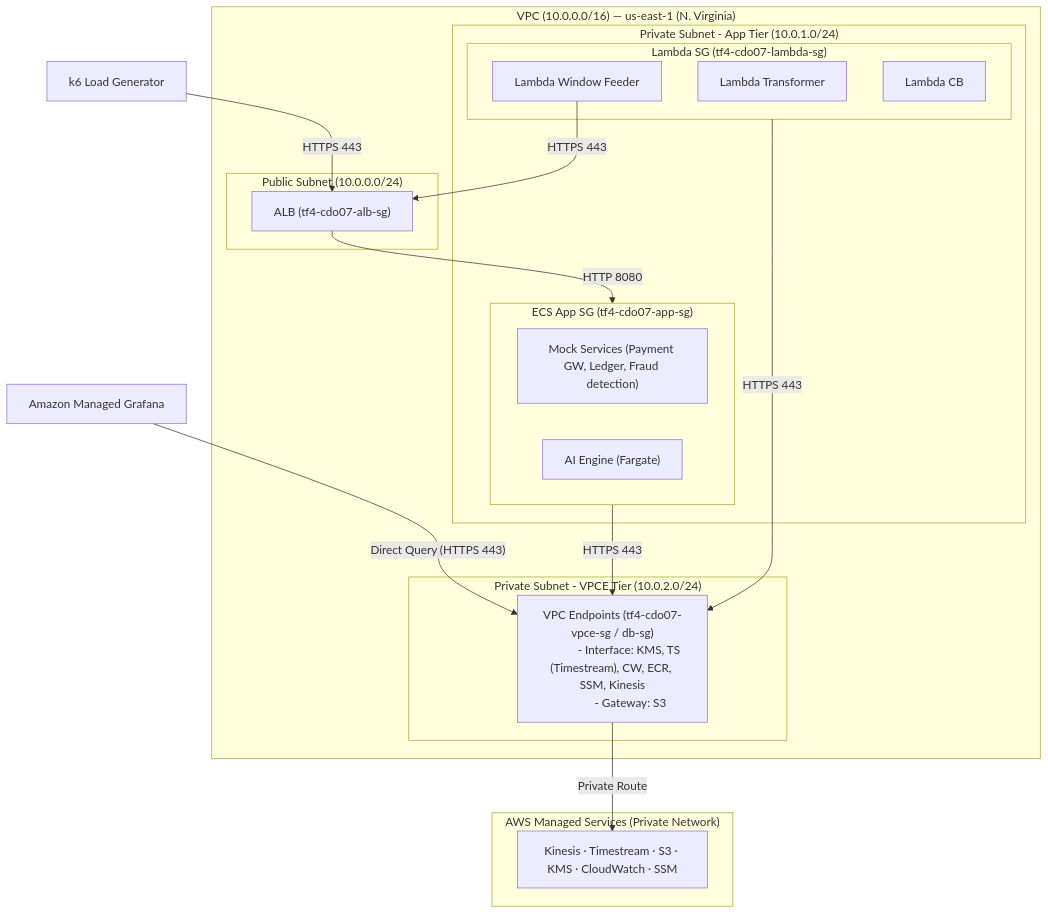
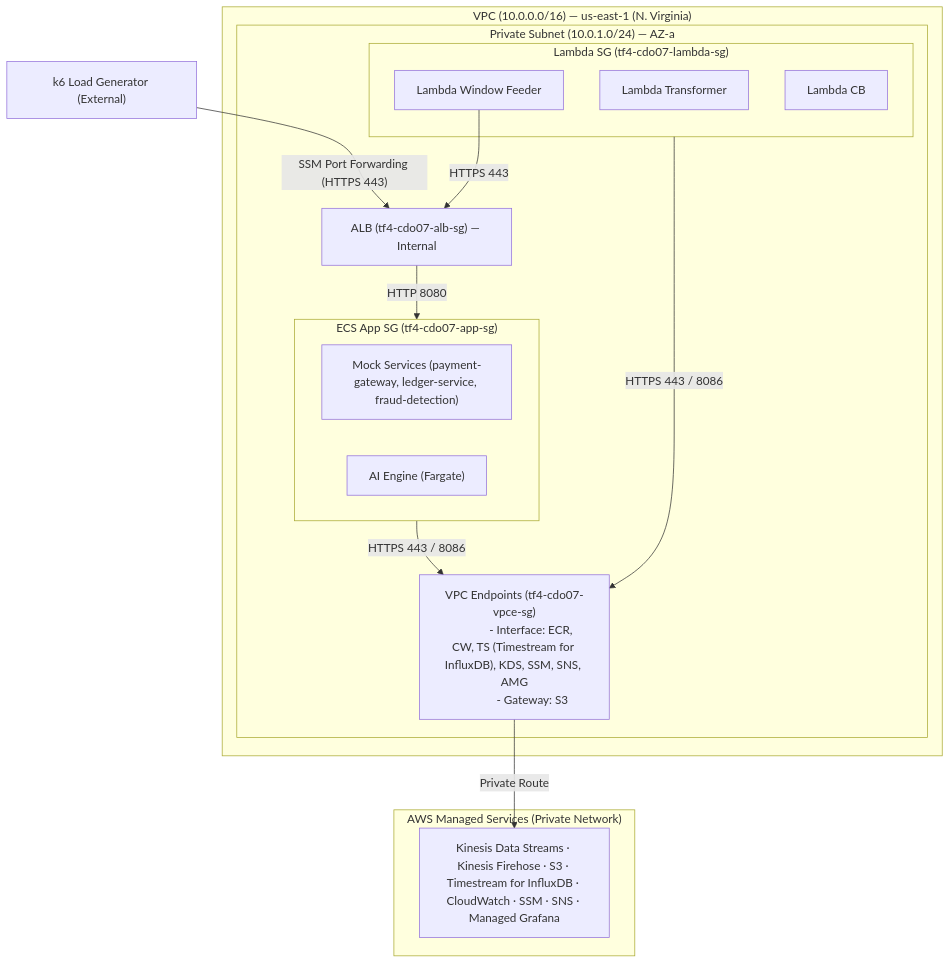
One commit to CDO-07-New/CDO07-Capstone changed the first of 2 diagrams in xbrain-learners/capstone/tf-4/cdo-07/docs/03_security_design.md. Above: the diagram before and after it, drawn with Mermaid. The commit also changed other lines of this file, not shown here.

````diff
--- a/xbrain-learners/capstone/tf-4/cdo-07/docs/03_security_design.md
+++ b/xbrain-learners/capstone/tf-4/cdo-07/docs/03_security_design.md
@@ -20,44 +20,37 @@
 ```mermaid
 graph TD
     %% Internet Client
-    CLIENT["k6 Load Generator"] -->|"HTTPS 443"| ALB
+    CLIENT["k6 Load Generator (External)"] -->|"SSM Port Forwarding (HTTPS 443)"| ALB
     
     subgraph VPC["VPC (10.0.0.0/16) — us-east-1 (N. Virginia)"]
-        subgraph PUB_SUB["Public Subnet (10.0.0.0/24)"]
-            ALB["ALB (tf4-cdo07-alb-sg)"]
-        end
-
-        subgraph APP_SUB["Private Subnet - App Tier (10.0.1.0/24)"]
+        subgraph PRIV_SUB["Private Subnet (10.0.1.0/24) — AZ-a"]
+            ALB["ALB (tf4-cdo07-alb-sg) — Internal"]
+            
             subgraph APP_SG["ECS App SG (tf4-cdo07-app-sg)"]
-                MOCK["Mock Services (Payment GW, Ledger, Fraud detection)"]
+                MOCK["Mock Services (payment-gateway, ledger-service, fraud-detection)"]
                 AI["AI Engine (Fargate)"]
             end
             
             subgraph LAMBDA_SG["Lambda SG (tf4-cdo07-lambda-sg)"]
                 L_TRANS["Lambda Transformer"]
                 L_FEED["Lambda Window Feeder"]
                 L_CB["Lambda CB"]
             end
-        end
 
-        subgraph VPCE_SUB["Private Subnet - VPCE Tier (10.0.2.0/24)"]
-            VPCE["VPC Endpoints (tf4-cdo07-vpce-sg / db-sg)
-            - Interface: KMS, TS (Timestream), CW, ECR, SSM, Kinesis
+            VPCE["VPC Endpoints (tf4-cdo07-vpce-sg)
+            - Interface: ECR, CW, TS (Timestream for InfluxDB), KDS, SSM, SNS, AMG
             - Gateway: S3"]
         end
     end
 
     subgraph AWS["AWS Managed Services (Private Network)"]
-        AWS_SERVS["Kinesis · Timestream · S3 · KMS · CloudWatch · SSM"]
+        AWS_SERVS["Kinesis Data Streams · Kinesis Firehose · S3 · Timestream for InfluxDB · CloudWatch · SSM · SNS · Managed Grafana"]
     end
-
-    GRAFANA["Amazon Managed Grafana"]
 
     %% Network Security Flows
     ALB -->|"HTTP 8080"| APP_SG
-    APP_SG -->|"HTTPS 443"| VPCE
-    LAMBDA_SG -->|"HTTPS 443"| VPCE
+    APP_SG -->|"HTTPS 443 / 8086"| VPCE
+    LAMBDA_SG -->|"HTTPS 443 / 8086"| VPCE
     VPCE -->|"Private Route"| AWS_SERVS
-    GRAFANA -->|"Direct Query (HTTPS 443)"| VPCE
     L_FEED -->|"HTTPS 443"| ALB
 ```
````
